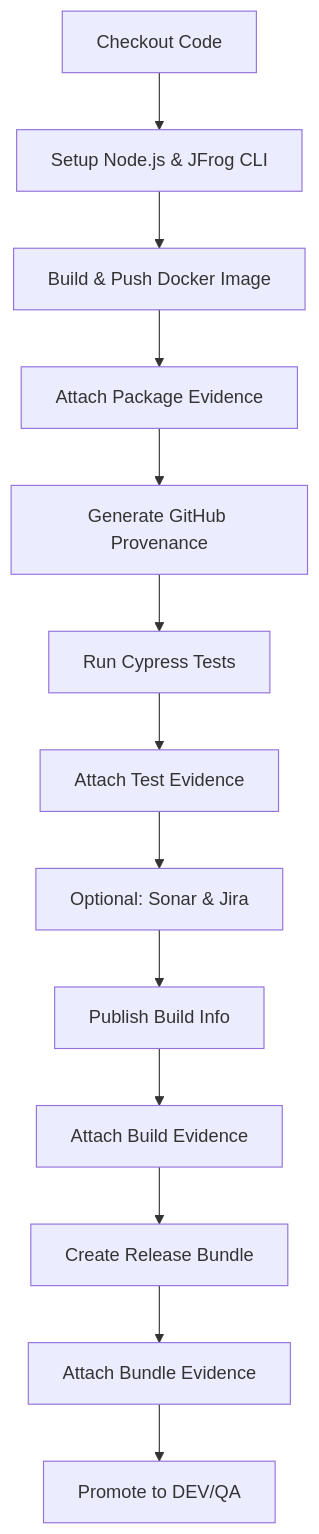
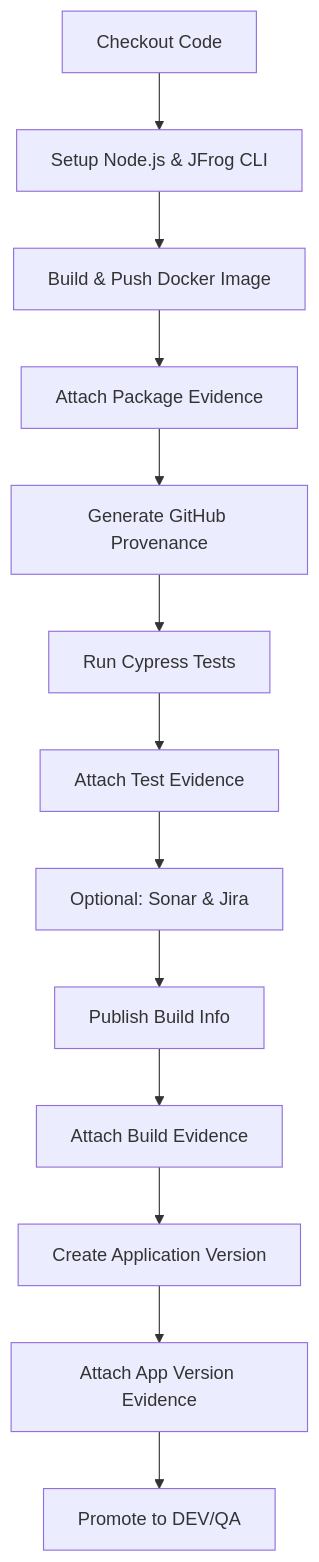
One commit to omrilo/green-pizza changed the diagram in README.md. Above: the diagram before and after it, drawn with Mermaid. The commit also changed other lines of this file and 12 other files, not shown here.

````diff
--- a/README.md
+++ b/README.md
@@ -194,15 +193,15 @@
 ```mermaid
 graph TD
     A[Checkout Code] --> B[Setup Node.js & JFrog CLI]
     B --> C[Build & Push Docker Image]
     C --> D[Attach Package Evidence]
     D --> E[Generate GitHub Provenance]
     E --> F[Run Cypress Tests]
     F --> G[Attach Test Evidence]
     G --> H[Optional: Sonar & Jira]
     H --> I[Publish Build Info]
     I --> J[Attach Build Evidence]
-    J --> K[Create Release Bundle]
-    K --> L[Attach Bundle Evidence]
+    J --> K[Create Application Version]
+    K --> L[Attach App Version Evidence]
     L --> M[Promote to DEV/QA]
 ```
````
